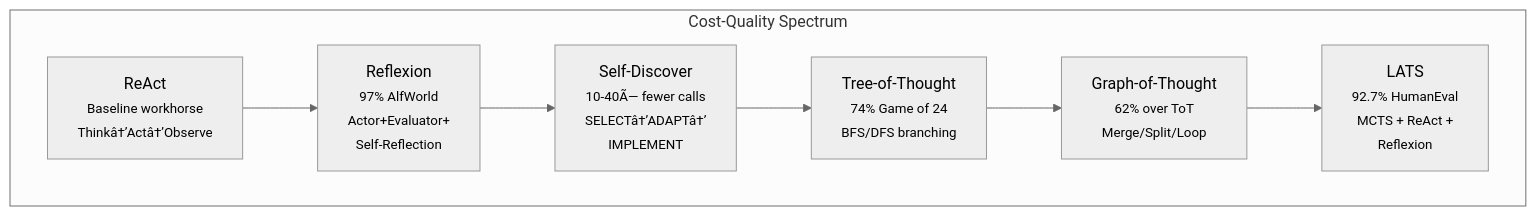
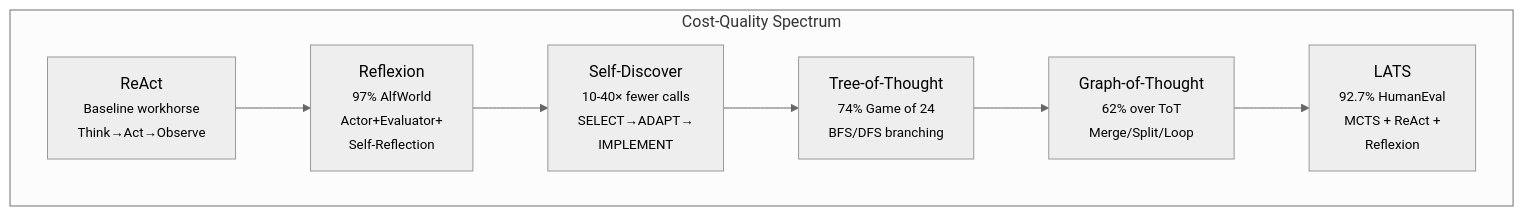
Before and after one commit to lookatitude/beluga-ai: the second of 3 diagrams in docs/concepts.md, drawn with Mermaid (neutral theme). The commit also changed other lines of this file and 222 other files, not shown here.

````diff
--- a/docs/concepts.md
+++ b/docs/concepts.md
@@ -162,13 +162,13 @@
 ```mermaid
 graph LR
     subgraph "Cost-Quality Spectrum"
         direction LR
-        P1["ReAct<br/><small>Baseline workhorse<br/>Thinkâ†’Actâ†’Observe</small>"]
+        P1["ReAct<br/><small>Baseline workhorse<br/>Think→Act→Observe</small>"]
         P2["Reflexion<br/><small>97% AlfWorld<br/>Actor+Evaluator+<br/>Self-Reflection</small>"]
-        P3["Self-Discover<br/><small>10-40Ã— fewer calls<br/>SELECTâ†’ADAPTâ†’<br/>IMPLEMENT</small>"]
+        P3["Self-Discover<br/><small>10-40× fewer calls<br/>SELECT→ADAPT→<br/>IMPLEMENT</small>"]
         P4["Tree-of-Thought<br/><small>74% Game of 24<br/>BFS/DFS branching</small>"]
         P5["Graph-of-Thought<br/><small>62% over ToT<br/>Merge/Split/Loop</small>"]
         P6["LATS<br/><small>92.7% HumanEval<br/>MCTS + ReAct +<br/>Reflexion</small>"]
     end
     P1 --> P2 --> P3 --> P4 --> P5 --> P6
 ```
````
